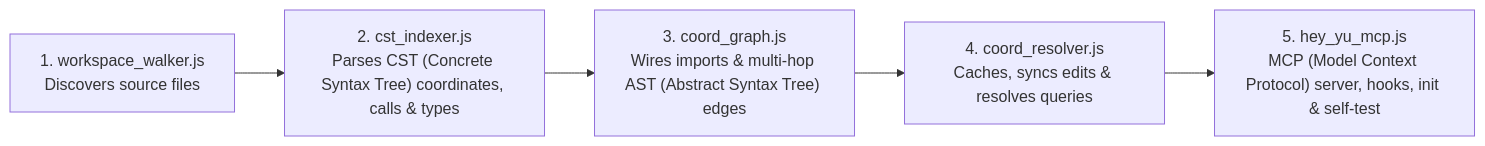
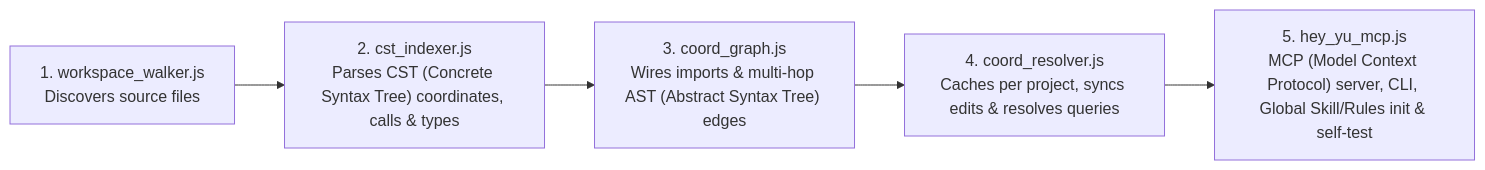
The second of 2 diagrams in README.md (yuyurooms/hey-yu), drawn with Mermaid before and after one commit. The commit also changed other lines of this file and 5 other files, not shown here.

Commit message:
feat(dispatcher): centralize multi-project AST storage and make hey-yu a pure coordinate dispatcher

````diff
--- a/README.md
+++ b/README.md
@@ -234,7 +223,7 @@
 ```mermaid
 flowchart LR
     M1["1. workspace_walker.js<br/>Discovers source files"] --> M2["2. cst_indexer.js<br/>Parses CST (Concrete Syntax Tree) coordinates, calls & types"]
     M2 --> M3["3. coord_graph.js<br/>Wires imports & multi-hop AST (Abstract Syntax Tree) edges"]
-    M3 --> M4["4. coord_resolver.js<br/>Caches, syncs edits & resolves queries"]
-    M4 --> M5["5. hey_yu_mcp.js<br/>MCP (Model Context Protocol) server, hooks, init & self-test"]
+    M3 --> M4["4. coord_resolver.js<br/>Caches per project, syncs edits & resolves queries"]
+    M4 --> M5["5. hey_yu_mcp.js<br/>MCP (Model Context Protocol) server, CLI, Global Skill/Rules init & self-test"]
 ```
````
